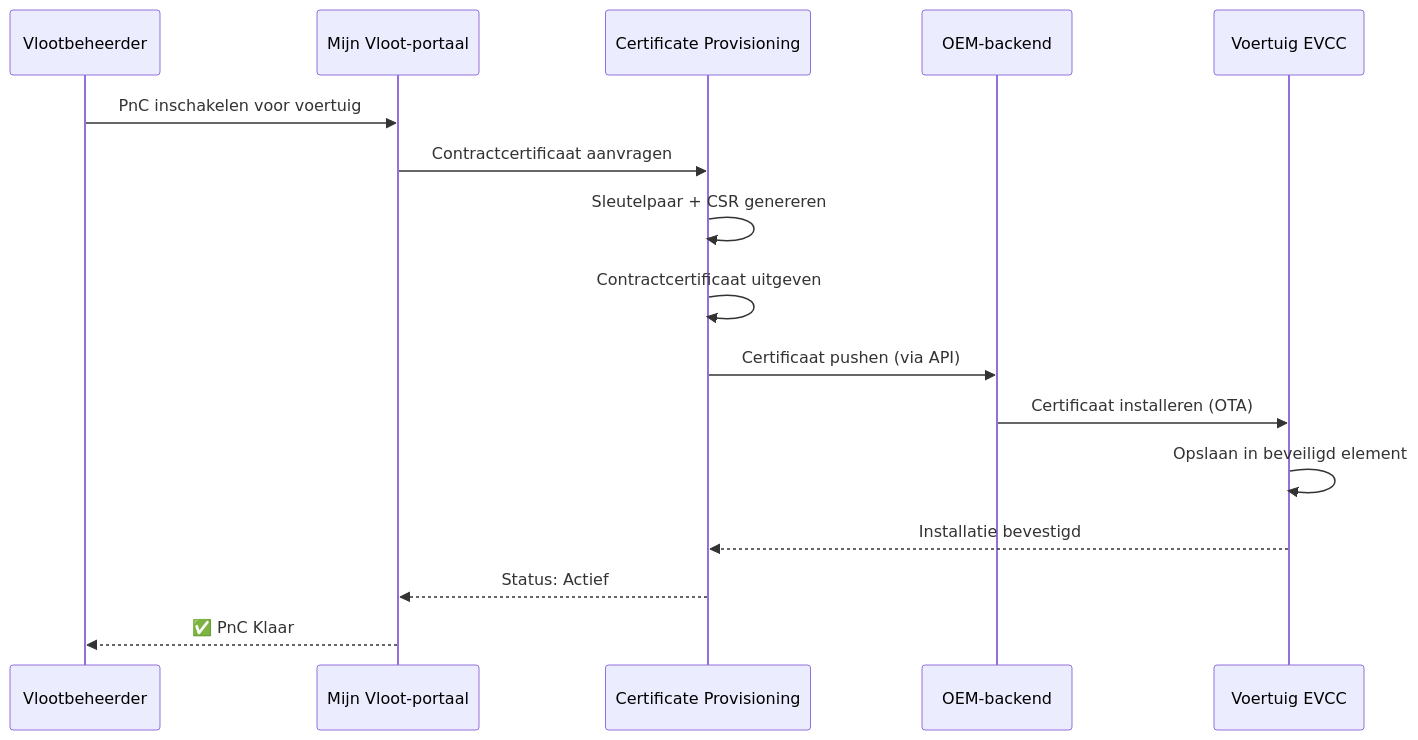
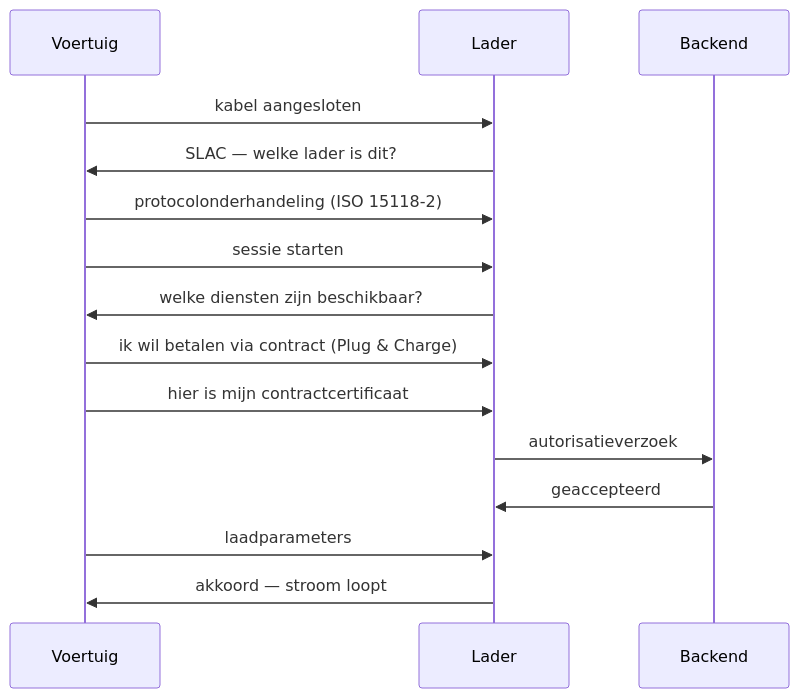
One commit to imichelena/stroomlijnen-docs changed the diagram in docs/technical/iso-15118.md. Above: the diagram before and after it, drawn with Mermaid. The commit also changed other lines of this file and 577 other files, not shown here.

````diff
--- a/docs/technical/iso-15118.md
+++ b/docs/technical/iso-15118.md
@@ -130,19 +63,18 @@
 ```mermaid
 sequenceDiagram
-    participant FM as Vlootbeheerder
-    participant Portal as Mijn Vloot-portaal
-    participant CPS as Certificate Provisioning
-    participant OEM as OEM-backend
-    participant Vehicle as Voertuig EVCC
+    participant EV as Voertuig
+    participant EVSE as Lader
+    participant CSMS as Backend
 
-    FM->>Portal: PnC inschakelen voor voertuig
-    Portal->>CPS: Contractcertificaat aanvragen
-    CPS->>CPS: Sleutelpaar + CSR genereren
-    CPS->>CPS: Contractcertificaat uitgeven
-    CPS->>OEM: Certificaat pushen (via API)
-    OEM->>Vehicle: Certificaat installeren (OTA)
-    Vehicle->>Vehicle: Opslaan in beveiligd element
-    Vehicle-->>CPS: Installatie bevestigd
-    CPS-->>Portal: Status: Actief
-    Portal-->>FM: ✅ PnC Klaar
+    EV->>EVSE: kabel aangesloten
+    EVSE->>EV: SLAC — welke lader is dit?
+    EV->>EVSE: protocolonderhandeling (ISO 15118-2)
+    EV->>EVSE: sessie starten
+    EVSE->>EV: welke diensten zijn beschikbaar?
+    EV->>EVSE: ik wil betalen via contract (Plug & Charge)
+    EV->>EVSE: hier is mijn contractcertificaat
+    EVSE->>CSMS: autorisatieverzoek
+    CSMS->>EVSE: geaccepteerd
+    EV->>EVSE: laadparameters
+    EVSE->>EV: akkoord — stroom loopt
 ```
````
